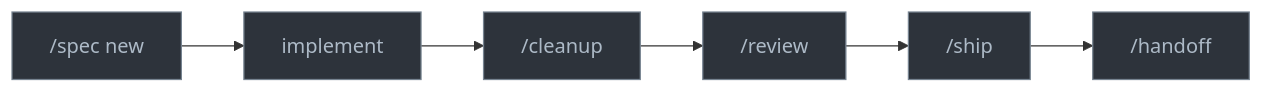
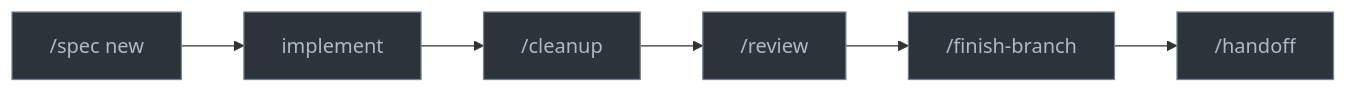
One commit to kpeez/agent-toolbox changed the diagram in README.md. Above: the diagram before and after it, drawn with Mermaid. The commit also changed other lines of this file and 2 other files, not shown here.

Commit message:
rename /ship to /finish-branch

````diff
--- a/README.md
+++ b/README.md
@@ -111,15 +111,15 @@
 ```mermaid
 graph LR
   A["/spec new"] --> B["implement"]
   B --> C["/cleanup"]
   C --> D["/review"]
-  D --> E["/ship"]
+  D --> E["/finish-branch"]
   E --> F["/handoff"]
 
 style A fill:#2d333b,stroke:#768390,color:#adbac7
 style B fill:#2d333b,stroke:#768390,color:#adbac7
 style C fill:#2d333b,stroke:#768390,color:#adbac7
 style D fill:#2d333b,stroke:#768390,color:#adbac7
 style E fill:#2d333b,stroke:#768390,color:#adbac7
 style F fill:#2d333b,stroke:#768390,color:#adbac7
 ```
````
